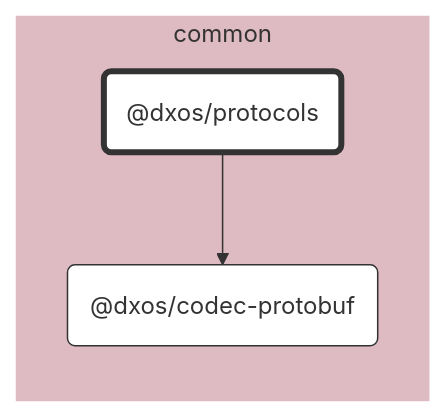
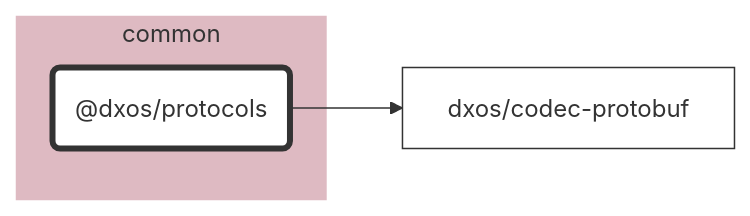
Before and after one commit to dxos/dxos: the diagram in packages/common/protocols/docs/README.md, drawn with Mermaid. The commit also changed 84 other files, not shown here.

````diff
--- a/packages/common/protocols/docs/README.md
+++ b/packages/common/protocols/docs/README.md
@@ -7,29 +7,21 @@
 ```mermaid
 %%{ init: {'flowchart':{'curve':'basis'}} }%%
 
 flowchart LR
 
-%% Links
-dxos/protocols --> dxos/codec-protobuf;
+%% Classes
+classDef default fill:#fff,stroke:#333,stroke-width:1px
+classDef root fill:#fff,stroke:#333,stroke-width:4px
 
-%% Sections
-subgraph common
-  style common fill:#debac2,stroke:#fff;
+%% Nodes
 
-  dxos/codec-protobuf("@dxos/codec-protobuf")
-  dxos/protocols("@dxos/protocols")
+subgraph common [common]
+  style common fill:#debac2,stroke:#fff
+  dxos/protocols("@dxos/protocols"):::root
+  click dxos/protocols "dxos/dxos/tree/main/packages/common/protocols/docs"
 end
 
-
-%% Hyperlinks
-click dxos/codec-protobuf "dxos/dxos/tree/main/packages/common/codec-protobuf/docs";
-
-%% Styles
-classDef rootNode fill:#fff,stroke:#333,stroke-width:4px
-classDef defaultNode fill:#fff,stroke:#333,stroke-width:1px
+%% Links
 linkStyle default stroke:#333,stroke-width:1px
-
-dxos/protocols:::rootNode
-
-dxos/codec-protobuf:::defaultNode
+dxos/protocols --> dxos/codec-protobuf
 ```
````
